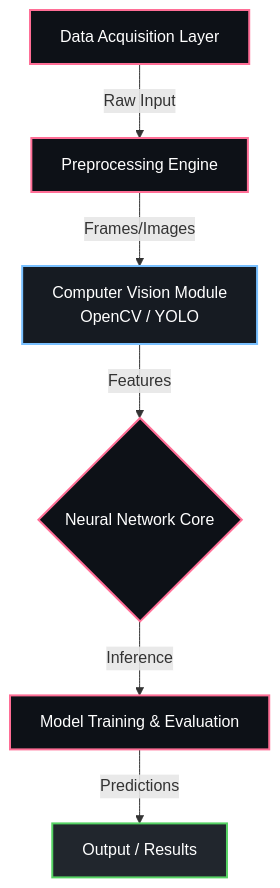
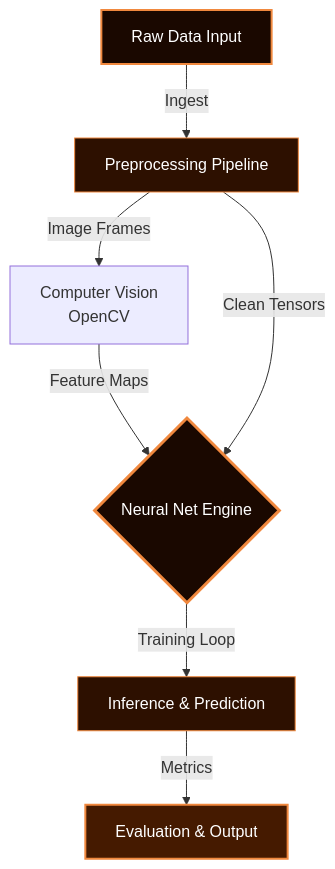
The diagram in README.md (karthik-idikuda/AI-Laptop-Control-Agent), drawn with Mermaid before and after one commit. The commit also changed other lines of this file, not shown here.

````diff
--- a/README.md
+++ b/README.md
@@ -29,16 +34,15 @@
 ```mermaid
 graph TD;
-    A["Data Acquisition Layer"] -->|Raw Input| B["Preprocessing Engine"];
-    B -->|Frames/Images| C["Computer Vision Module<br/>OpenCV / YOLO"];
-    C -->|Features| D{"Neural Network Core"};
-    D -->|Inference| E["Model Training & Evaluation"];
-    E -->|Predictions| F["Output / Results"];
+    A["Raw Data Input"] -->|"Ingest"| B["Preprocessing Pipeline"];
+    B -->|"Image Frames"| CV["Computer Vision<br/>OpenCV"];
+    CV -->|"Feature Maps"| D;
+    B -->|"Clean Tensors"| D{"Neural Net Engine"};
+    D -->|"Training Loop"| E["Inference & Prediction"];
+    E -->|"Metrics"| F["Evaluation & Output"];
 
-    classDef ml fill:#0d1117,stroke:#ff6e96,stroke-width:2px,color:#fff;
-    classDef cv fill:#161b22,stroke:#79c0ff,stroke-width:2px,color:#fff;
-    classDef web fill:#21262d,stroke:#56d364,stroke-width:2px,color:#fff;
-    class A,B ml;
-    class C cv;
-    class D,E ml;
-    class F,G web;
+    style A fill:#1a0800,stroke:#f0883e,stroke-width:2px,color:#fff
+    style B fill:#2d1000,stroke:#f0883e,stroke-width:1px,color:#fff
+    style D fill:#1a0800,stroke:#f0883e,stroke-width:3px,color:#fff
+    style E fill:#2d1000,stroke:#f0883e,stroke-width:1px,color:#fff
+    style F fill:#451a00,stroke:#f0883e,stroke-width:2px,color:#fff
 ```
````
